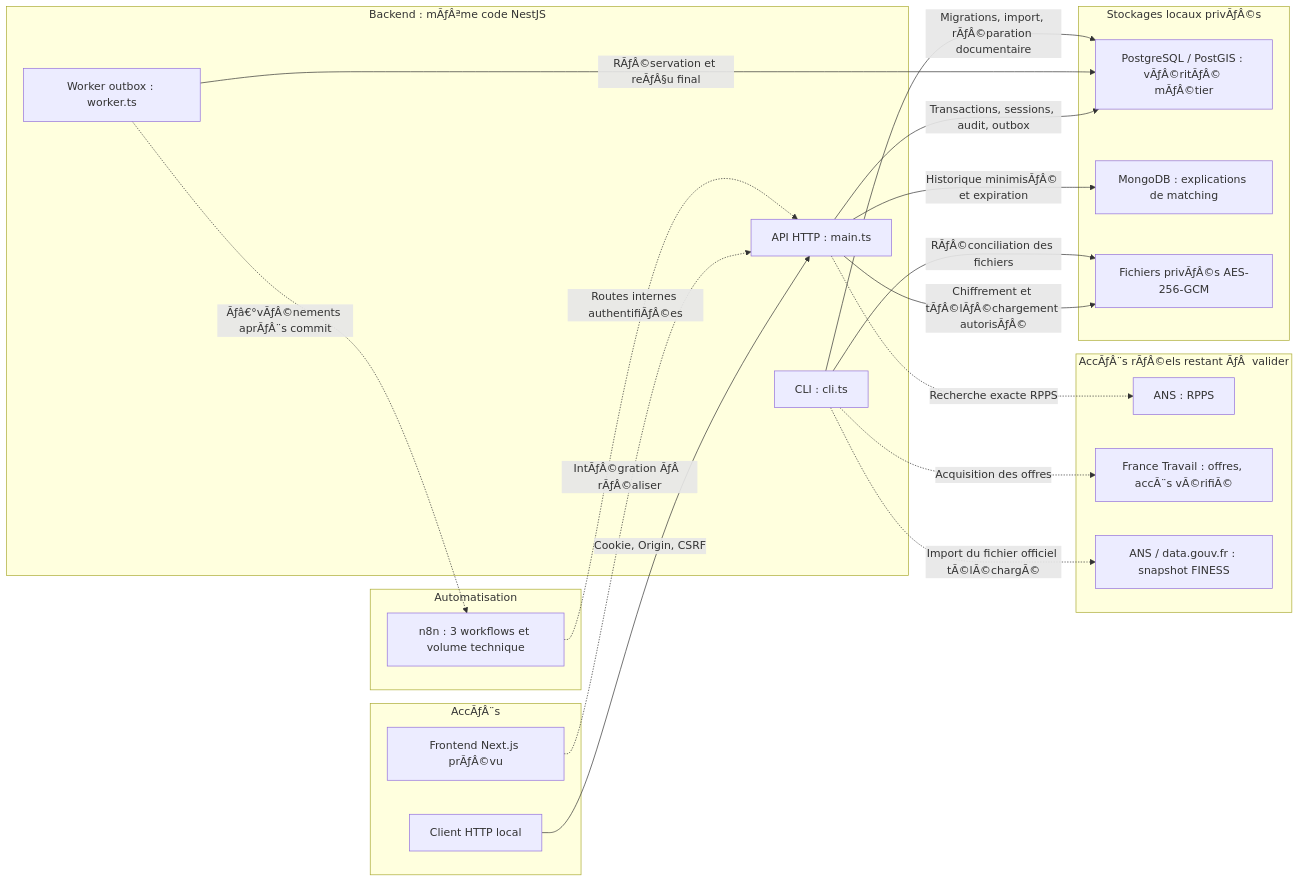
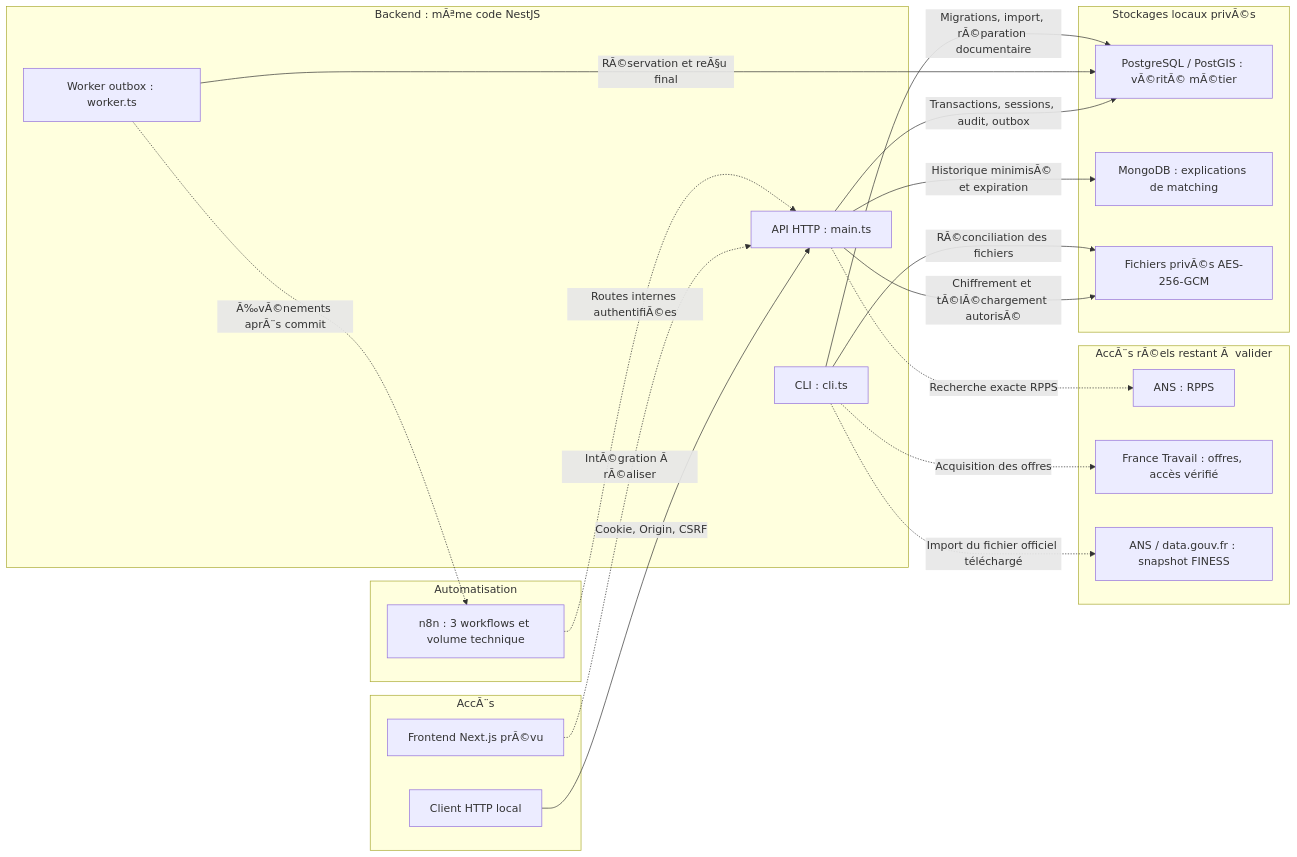
One commit to lebretyves/Backend_Interimatch changed the diagram in docs/SCHEMA_ARCHITECTURE_V1.md. Above: the diagram before and after it, drawn with Mermaid. The commit also changed other lines of this file and 29 other files, not shown here.

````diff
--- a/docs/SCHEMA_ARCHITECTURE_V1.md
+++ b/docs/SCHEMA_ARCHITECTURE_V1.md
@@ -5,38 +5,38 @@
 ```mermaid
 flowchart LR
-    subgraph client["AccÃƒÂ¨s"]
+    subgraph client["AccÃ¨s"]
         caller["Client HTTP local"]
-        front["Frontend Next.js prÃƒÂ©vu"]
+        front["Frontend Next.js prÃ©vu"]
     end
-    subgraph service["Backend : mÃƒÂªme code NestJS"]
+    subgraph service["Backend : mÃªme code NestJS"]
         api["API HTTP : main.ts"]
         worker["Worker outbox : worker.ts"]
         cli["CLI : cli.ts"]
     end
-    subgraph datastore["Stockages locaux privÃƒÂ©s"]
-        sql["PostgreSQL / PostGIS : vÃƒÂ©ritÃƒÂ© mÃƒÂ©tier"]
+    subgraph datastore["Stockages locaux privÃ©s"]
+        sql["PostgreSQL / PostGIS : vÃ©ritÃ© mÃ©tier"]
         mongo["MongoDB : explications de matching"]
-        files["Fichiers privÃƒÂ©s AES-256-GCM"]
+        files["Fichiers privÃ©s AES-256-GCM"]
     end
     subgraph async["Automatisation"]
         n8n["n8n : 3 workflows et volume technique"]
     end
-    subgraph external["AccÃƒÂ¨s rÃƒÂ©els restant ÃƒÂ  valider"]
+    subgraph external["AccÃ¨s rÃ©els restant Ã  valider"]
         ans["ANS : RPPS"]
-        ft["France Travail : offres, accÃ¨s vÃ©rifiÃ©"]
+        ft["France Travail : offres, accès vérifié"]
         finess["ANS / data.gouv.fr : snapshot FINESS"]
     end
     caller -->|"Cookie, Origin, CSRF"| api
-    front -.->|"IntÃƒÂ©gration ÃƒÂ  rÃƒÂ©aliser"| api
+    front -.->|"IntÃ©gration Ã  rÃ©aliser"| api
     api -->|"Transactions, sessions, audit, outbox"| sql
-    api -->|"Historique minimisÃƒÂ© et expiration"| mongo
-    api -->|"Chiffrement et tÃƒÂ©lÃƒÂ©chargement autorisÃƒÂ©"| files
-    worker -->|"RÃƒÂ©servation et reÃƒÂ§u final"| sql
-    cli -->|"Migrations, import, rÃƒÂ©paration documentaire"| sql
-    cli -->|"RÃƒÂ©conciliation des fichiers"| files
-    worker -.->|"Ãƒâ€°vÃƒÂ©nements aprÃƒÂ¨s commit"| n8n
-    n8n -.->|"Routes internes authentifiÃƒÂ©es"| api
+    api -->|"Historique minimisÃ© et expiration"| mongo
+    api -->|"Chiffrement et tÃ©lÃ©chargement autorisÃ©"| files
+    worker -->|"RÃ©servation et reÃ§u final"| sql
+    cli -->|"Migrations, import, rÃ©paration documentaire"| sql
+    cli -->|"RÃ©conciliation des fichiers"| files
+    worker -.->|"Ã‰vÃ©nements aprÃ¨s commit"| n8n
+    n8n -.->|"Routes internes authentifiÃ©es"| api
     api -.->|"Recherche exacte RPPS"| ans
     cli -.->|"Acquisition des offres"| ft
-    cli -.->|"Import du fichier officiel tÃ©lÃ©chargÃ©"| finess
+    cli -.->|"Import du fichier officiel téléchargé"| finess
 ```
````
